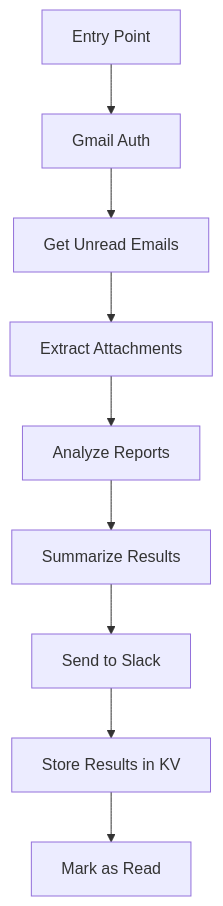
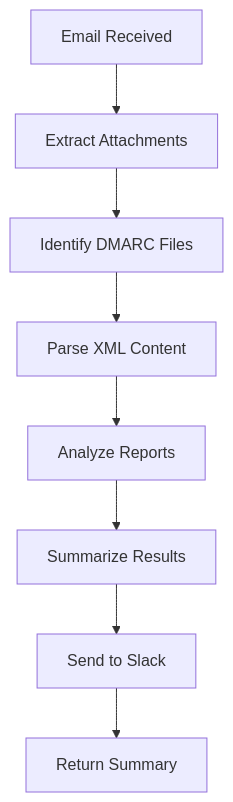
The diagram in README.md (agentuity/agent-dmarc), drawn with Mermaid before and after one commit. The commit also changed other lines of this file, not shown here.

Commit message:
Revise README to update Email IO setup instructions and testing process for DMARC agents

````diff
--- a/README.md
+++ b/README.md
@@ -75,11 +75,10 @@
 ```mermaid
 graph TD;
-    A[Entry Point]-->B[Gmail Auth];
-    B-->C[Get Unread Emails];
-    C-->D[Extract Attachments];
+    A[Email Received]-->B[Extract Attachments];
+    B-->C[Identify DMARC Files];
+    C-->D[Parse XML Content];
     D-->E[Analyze Reports];
     E-->F[Summarize Results];
     F-->G[Send to Slack];
-    G-->H[Store Results in KV];
-    H-->I[Mark as Read];
+    G-->H[Return Summary];
 ```
````
